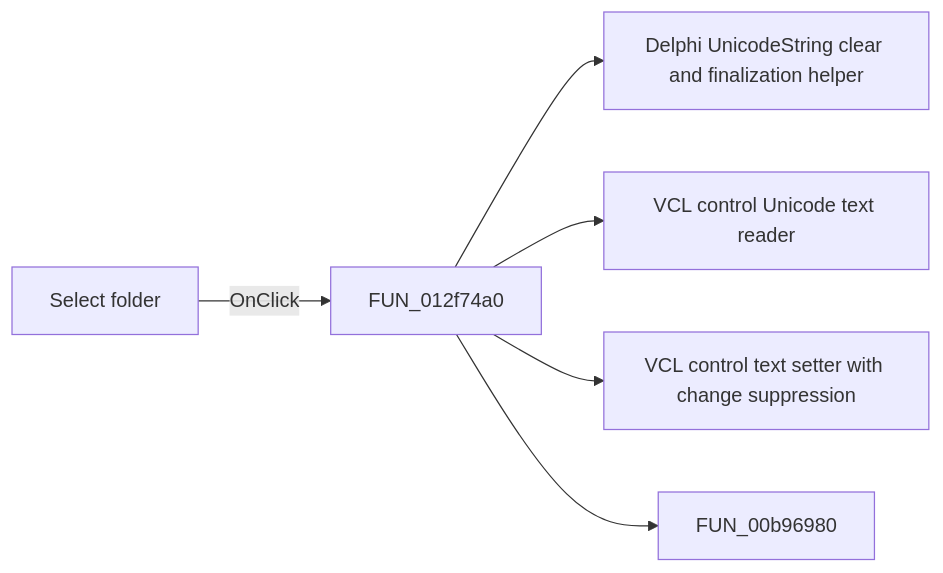
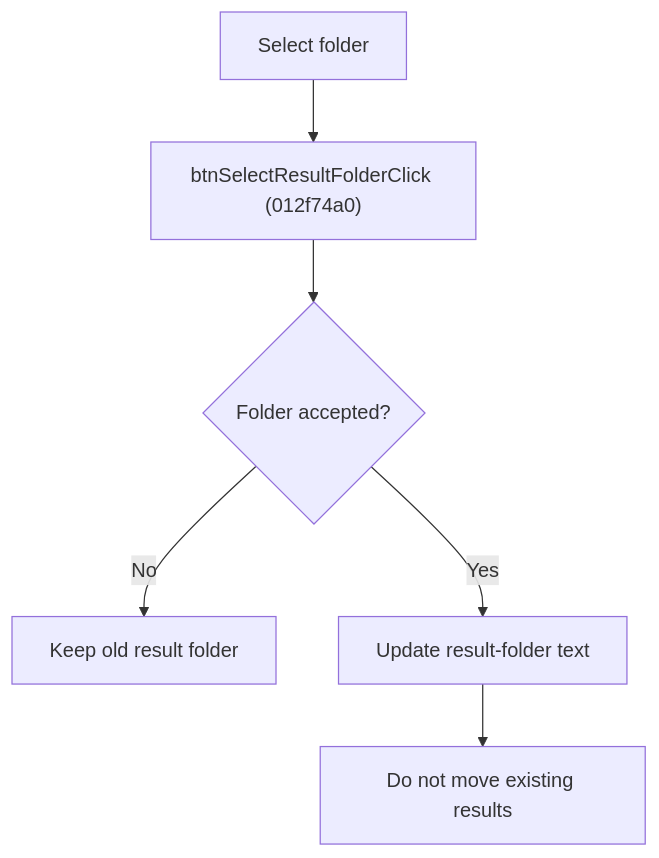
The diagram in docs/ui-controls/frmmodeltestbencheditor/btnselectresultfolder-8387e878d6.md (MovGP0/TIARA), drawn with Mermaid before and after one commit. The commit also changed other lines of this file and 387 other files, not shown here.

````diff
--- a/docs/ui-controls/frmmodeltestbencheditor/btnselectresultfolder-8387e878d6.md
+++ b/docs/ui-controls/frmmodeltestbencheditor/btnselectresultfolder-8387e878d6.md
@@ -27,8 +28,8 @@
 ```mermaid
-flowchart LR
-    control["Select folder"] -->|OnClick| handler["FUN_012f74a0"]
-    handler --> call1["Delphi UnicodeString clear and finalization helper"]
-    handler --> call2["VCL control Unicode text reader"]
-    handler --> call3["VCL control text setter with change suppression"]
-    handler --> call4["FUN_00b96980"]
+flowchart TD
+    control["Select folder"] --> handler["btnSelectResultFolderClick (012f74a0)"]
+    handler --> accepted{"Folder accepted?"}
+    accepted -->|No| stop["Keep old result folder"]
+    accepted -->|Yes| update["Update result-folder text"]
+    update --> done["Do not move existing results"]
 ```
````
